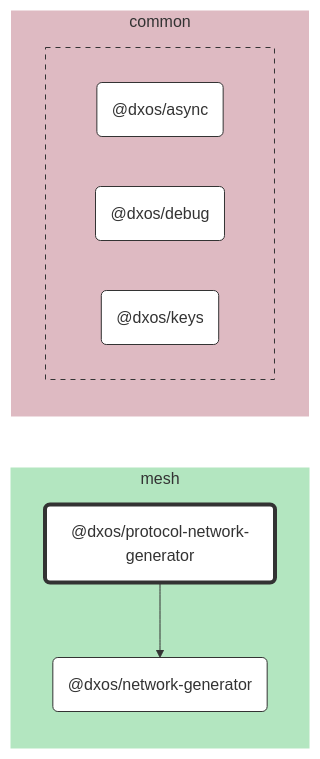
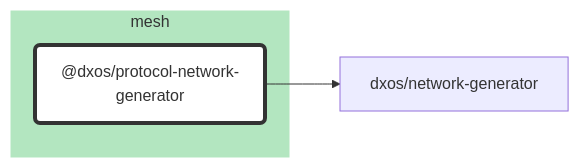
Before and after one commit to dxos/dxos: the diagram in packages/mesh/protocol-network-generator/docs/README.md, drawn with Mermaid. The commit also changed 87 other files, not shown here.

````diff
--- a/packages/mesh/protocol-network-generator/docs/README.md
+++ b/packages/mesh/protocol-network-generator/docs/README.md
@@ -7,48 +7,21 @@
 ```mermaid
 %%{ init: {'flowchart':{'curve':'basis'}} }%%
 
 flowchart LR
 
-%% Links
-dxos/protocol-network-generator --> dxos/network-generator;
+%% Classes
+classDef def fill:#fff,stroke:#333,stroke-width:1px
+classDef root fill:#fff,stroke:#333,stroke-width:4px
 
-%% Sections
-subgraph mesh
-  style mesh fill:#b3e6c0,stroke:#fff;
+%% Nodes
 
-  dxos/network-generator("@dxos/network-generator")
-  dxos/protocol-network-generator("@dxos/protocol-network-generator")
+subgraph mesh [mesh]
+  style mesh fill:#b3e6c0,stroke:#fff
+  dxos/protocol-network-generator("@dxos/protocol-network-generator"):::root
+  click dxos/protocol-network-generator "dxos/dxos/tree/main/packages/mesh/protocol-network-generator/docs"
 end
 
-subgraph common
-  style common fill:#debac2,stroke:#fff;
-
-
-  subgraph common-excluded [ ]
-    style common-excluded fill:#debac2,stroke:#333,stroke-dasharray:5 5;
-
-    dxos/async("@dxos/async")
-    dxos/debug("@dxos/debug")
-    dxos/keys("@dxos/keys")
-  end
-end
-
-
-%% Hyperlinks
-click dxos/async "dxos/dxos/tree/main/packages/common/async/docs";
-click dxos/debug "dxos/dxos/tree/main/packages/common/debug/docs";
-click dxos/keys "dxos/dxos/tree/main/packages/common/keys/docs";
-click dxos/network-generator "dxos/dxos/tree/main/packages/mesh/network-generator/docs";
-
-%% Styles
-classDef rootNode fill:#fff,stroke:#333,stroke-width:4px
-classDef defaultNode fill:#fff,stroke:#333,stroke-width:1px
+%% Links
 linkStyle default stroke:#333,stroke-width:1px
-
-dxos/protocol-network-generator:::rootNode
-
-dxos/async:::defaultNode
-dxos/debug:::defaultNode
-dxos/keys:::defaultNode
-dxos/network-generator:::defaultNode
+dxos/protocol-network-generator --> dxos/network-generator
 ```
````
